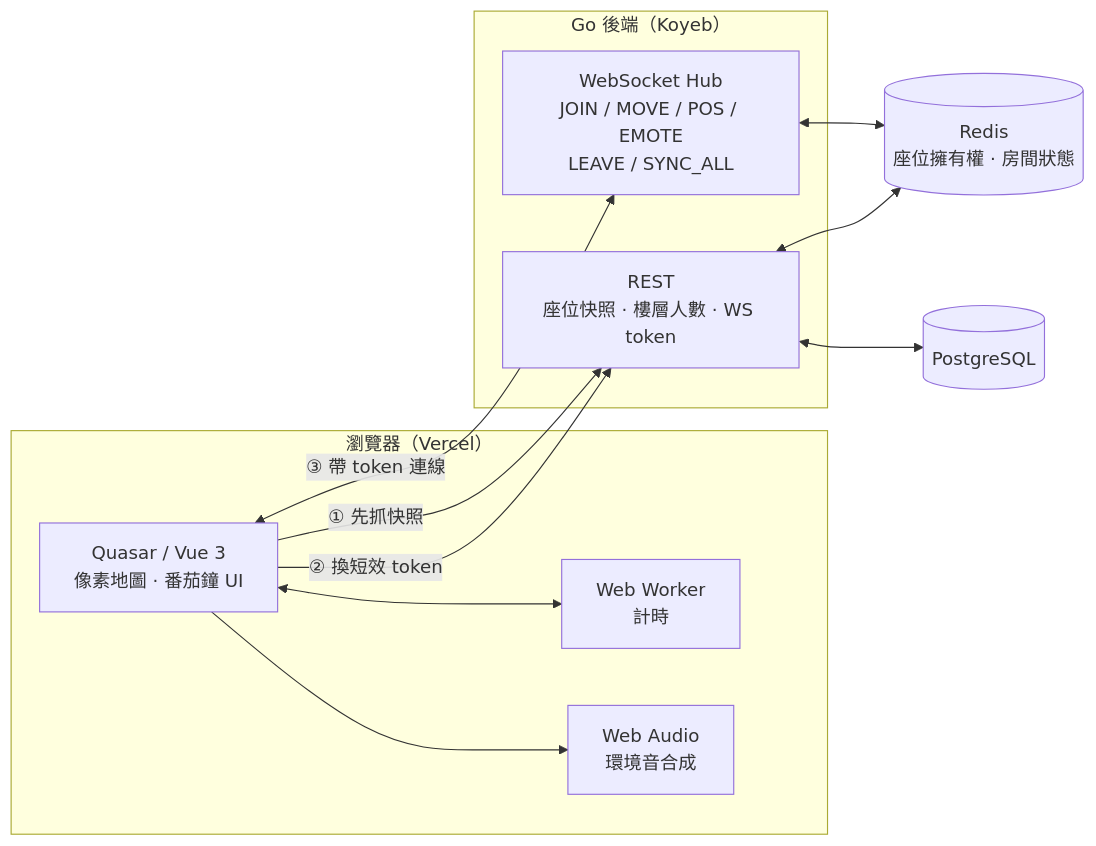
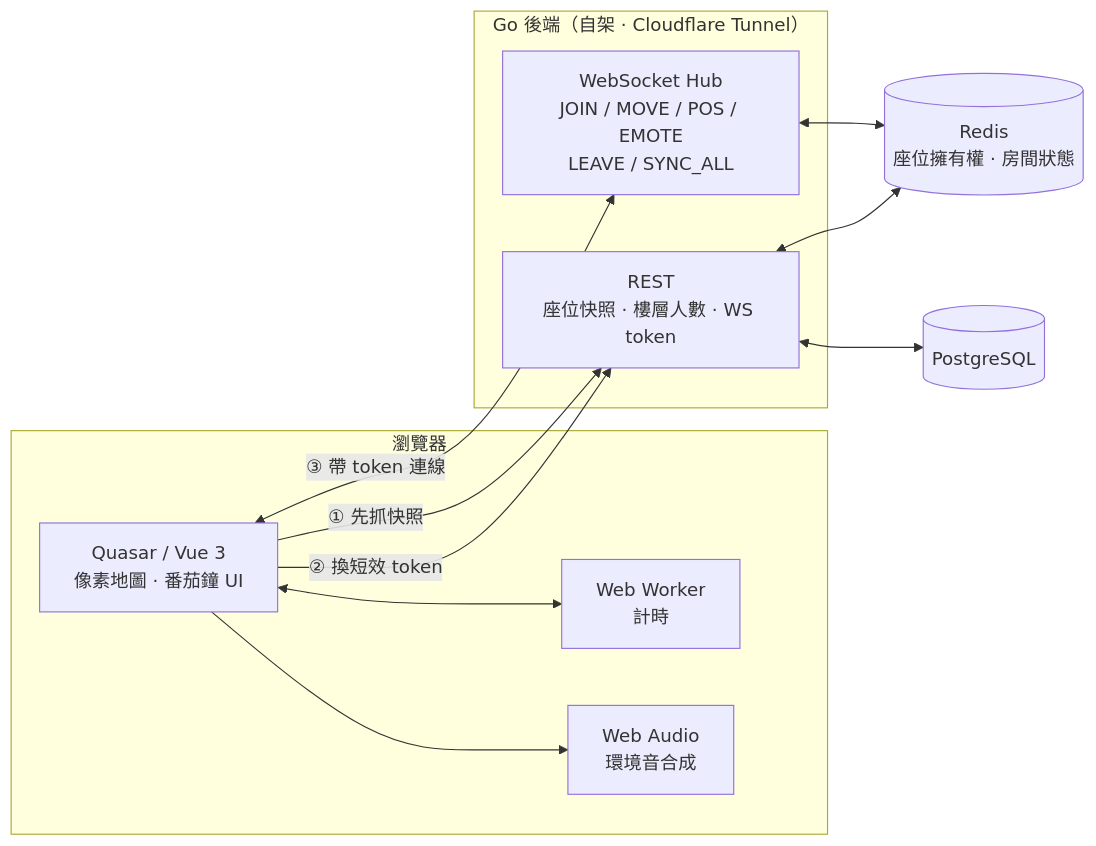
Before and after one commit to tommy88520/focus-island: the diagram in README.md, drawn with Mermaid. The commit also changed other lines of this file and 3 other files, not shown here.

Commit message:
README：補環河公園、北投、捷運、分享位置、YouTube 電視、手機版等新功能，換新截圖

````diff
--- a/README.md
+++ b/README.md
@@ -64,23 +80,23 @@
 ```mermaid
 flowchart LR
-  subgraph Browser["瀏覽器（Vercel）"]
+  subgraph Browser["瀏覽器"]
     UI["Quasar / Vue 3<br/>像素地圖 · 番茄鐘 UI"]
     Worker["Web Worker<br/>計時"]
     Audio["Web Audio<br/>環境音合成"]
   end
-  subgraph Server["Go 後端（Koyeb）"]
+  subgraph Server["Go 後端（自架 · Cloudflare Tunnel）"]
     REST["REST<br/>座位快照 · 樓層人數 · WS token"]
     Hub["WebSocket Hub<br/>JOIN / MOVE / POS / EMOTE<br/>LEAVE / SYNC_ALL"]
   end
   Redis[("Redis<br/>座位擁有權 · 房間狀態")]
   PG[("PostgreSQL")]
 
   UI <--> Worker
   UI --> Audio
   UI -->|"① 先抓快照"| REST
   UI -->|"② 換短效 token"| REST
   UI <-->|"③ 帶 token 連線"| Hub
   Hub <--> Redis
   REST <--> Redis
   REST <--> PG
 ```
````
